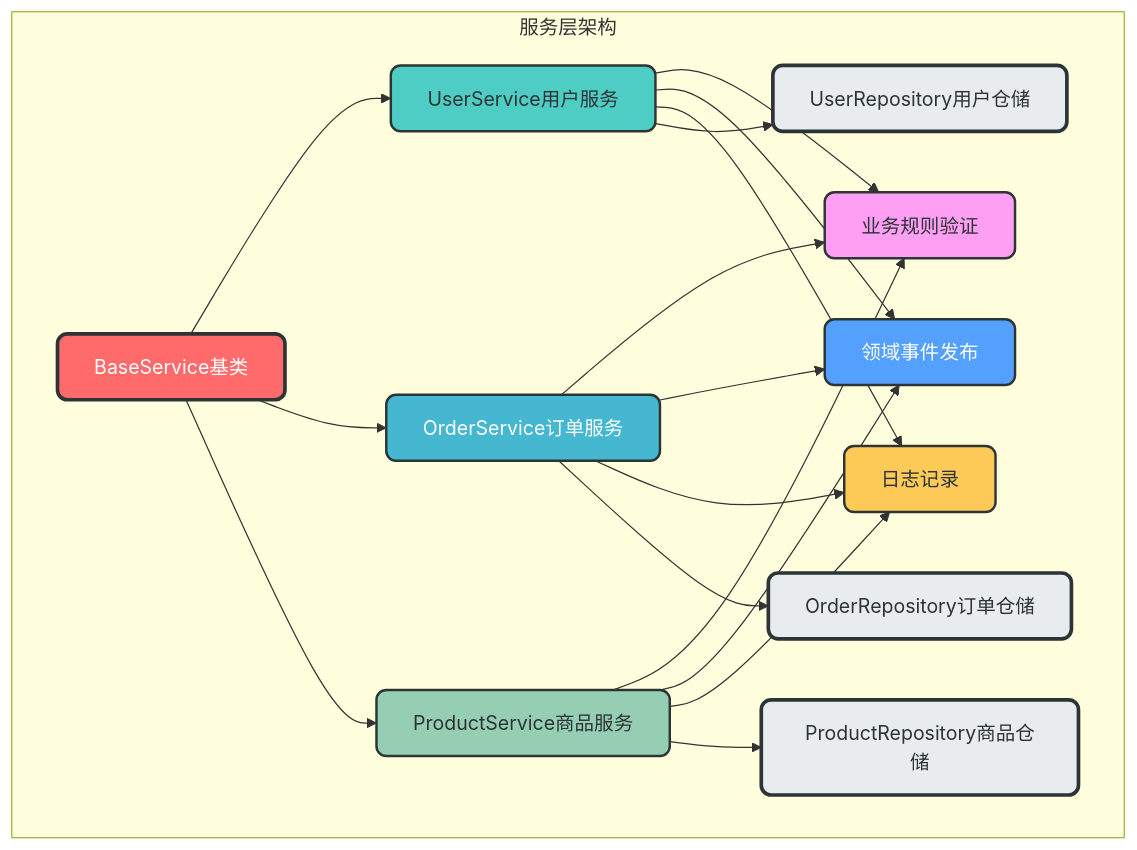
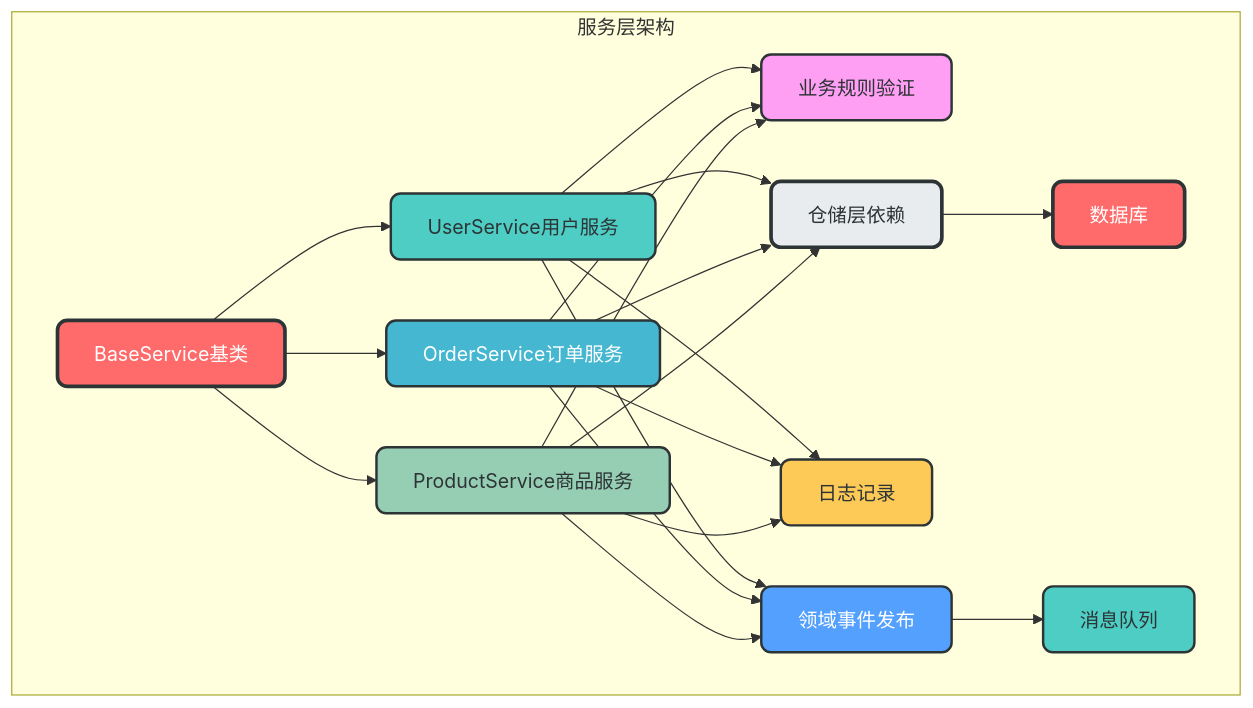
Diagram 12 of 25 in docs/design/architecture_guide.md (amuqiao/fastapi-enterprise-framework-template), drawn with Mermaid before and after one commit. The commit also changed other lines of this file, not shown here.

````diff
--- a/docs/design/architecture_guide.md
+++ b/docs/design/architecture_guide.md
@@ -564,35 +632,38 @@
 ```mermaid
 graph TD
     subgraph 服务层架构
         A[BaseService基类] --> B[UserService用户服务]
         A --> C[OrderService订单服务]
         A --> D[ProductService商品服务]
         
         B --> E[业务规则验证]
         B --> F[领域事件发布]
         B --> G[日志记录]
         
         C --> E
         C --> F
         C --> G
         
         D --> E
         D --> F
         D --> G
         
-        B --> H[UserRepository用户仓储]
-        C --> I[OrderRepository订单仓储]
-        D --> J[ProductRepository商品仓储]
+        B --> H[仓储层依赖]
+        C --> H
+        D --> H
+        
+        H --> I[数据库]
+        F --> J[消息队列]
     end
     
     style A fill:#FF6B6B,stroke:#2D3436,stroke-width:3px,color:white,rx:8,ry:8
     style B fill:#4ECDC4,stroke:#2D3436,stroke-width:2px,color:#2D3436,rx:8,ry:8
     style C fill:#45B7D1,stroke:#2D3436,stroke-width:2px,color:white,rx:8,ry:8
     style D fill:#96CEB4,stroke:#2D3436,stroke-width:2px,color:#2D3436,rx:8,ry:8
     style E fill:#FF9FF3,stroke:#2D3436,stroke-width:2px,color:#2D3436,rx:8,ry:8
     style F fill:#54A0FF,stroke:#2D3436,stroke-width:2px,color:white,rx:8,ry:8
     style G fill:#FECA57,stroke:#2D3436,stroke-width:2px,color:#2D3436,rx:8,ry:8
     style H fill:#E9ECEF,stroke:#2D3436,stroke-width:3px,color:#2D3436,rx:8,ry:8
-    style I fill:#E9ECEF,stroke:#2D3436,stroke-width:3px,color:#2D3436,rx:8,ry:8
-    style J fill:#E9ECEF,stroke:#2D3436,stroke-width:3px,color:#2D3436,rx:8,ry:8
+    style I fill:#FF6B6B,stroke:#2D3436,stroke-width:3px,color:white,rx:8,ry:8
+    style J fill:#4ECDC4,stroke:#2D3436,stroke-width:2px,color:#2D3436,rx:8,ry:8
 ```
````
